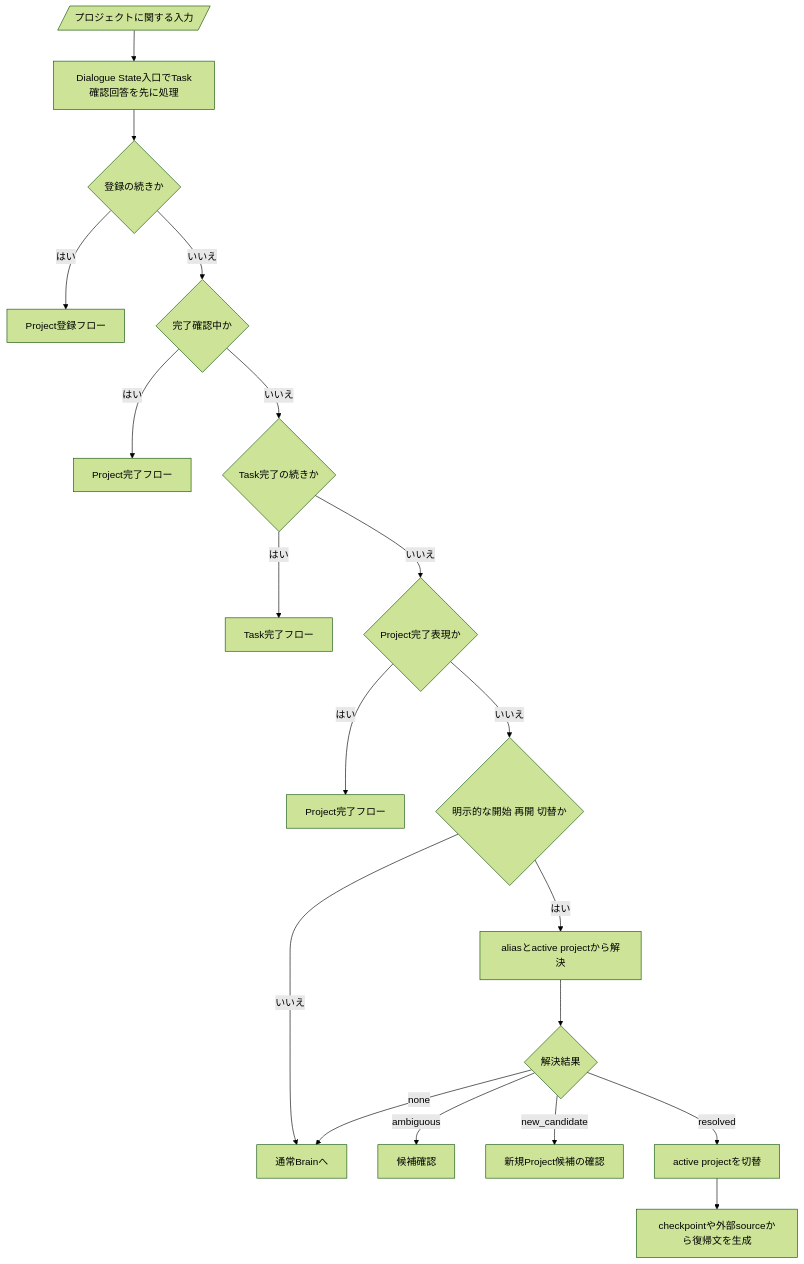
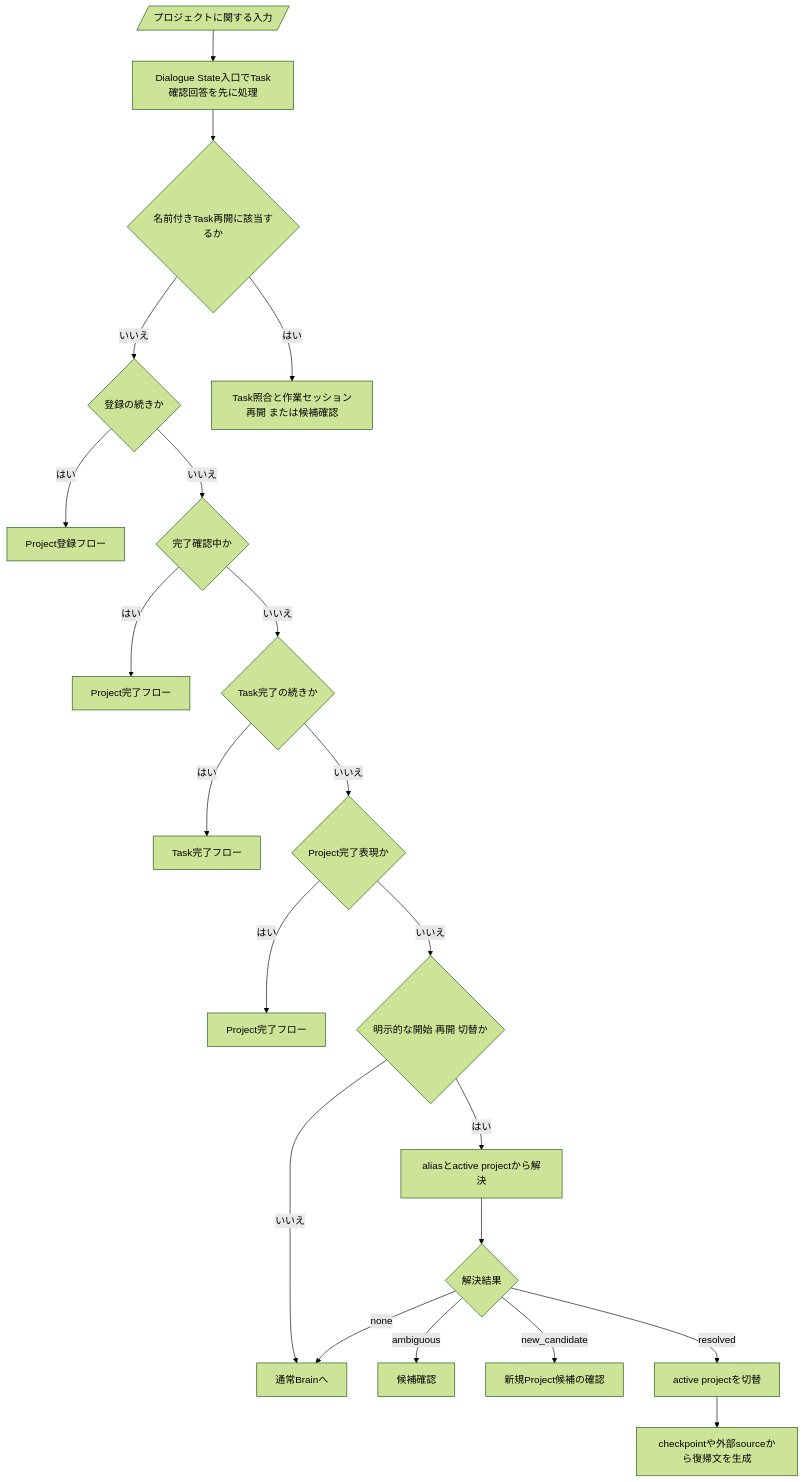
Before and after one commit to Soso2e/PETIT: diagram 15 of 24 in docs/runtime-flows.md, drawn with Mermaid (forest theme). The commit also changed other lines of this file and 11 other files, not shown here.

````diff
--- a/docs/runtime-flows.md
+++ b/docs/runtime-flows.md
@@ -540,37 +553,41 @@
 ```mermaid
 flowchart TD
     input[/プロジェクトに関する入力/]
     registration{登録の続きか}
     registrationHandle[Project登録フロー]
     completionDraft{完了確認中か}
     completionHandle[Project完了フロー]
     taskCompletion{Task完了の続きか}
     taskHandle[Task完了フロー]
     explicitCompletion{Project完了表現か}
     explicitHandle[Project完了フロー]
     action{明示的な開始 再開 切替か}
     none[通常Brainへ]
     resolve[aliasとactive projectから解決]
     kind{解決結果}
     ambiguous[候補確認]
     candidate[新規Project候補の確認]
     activate[active projectを切替]
     resume[checkpointや外部sourceから復帰文を生成]
 
     guard[Dialogue State入口でTask確認回答を先に処理]
-    input --> guard --> registration
+    workGuard{名前付きTask再開に該当するか}
+    workHandle[Task照合と作業セッション再開 または候補確認]
+    input --> guard --> workGuard
+    workGuard -->|はい| workHandle
+    workGuard -->|いいえ| registration
     registration -->|はい| registrationHandle
     registration -->|いいえ| completionDraft
     completionDraft -->|はい| completionHandle
     completionDraft -->|いいえ| taskCompletion
     taskCompletion -->|はい| taskHandle
     taskCompletion -->|いいえ| explicitCompletion
     explicitCompletion -->|はい| explicitHandle
     explicitCompletion -->|いいえ| action
     action -->|いいえ| none
     action -->|はい| resolve --> kind
     kind -->|ambiguous| ambiguous
     kind -->|new_candidate| candidate
     kind -->|resolved| activate --> resume
     kind -->|none| none
 ```
````
